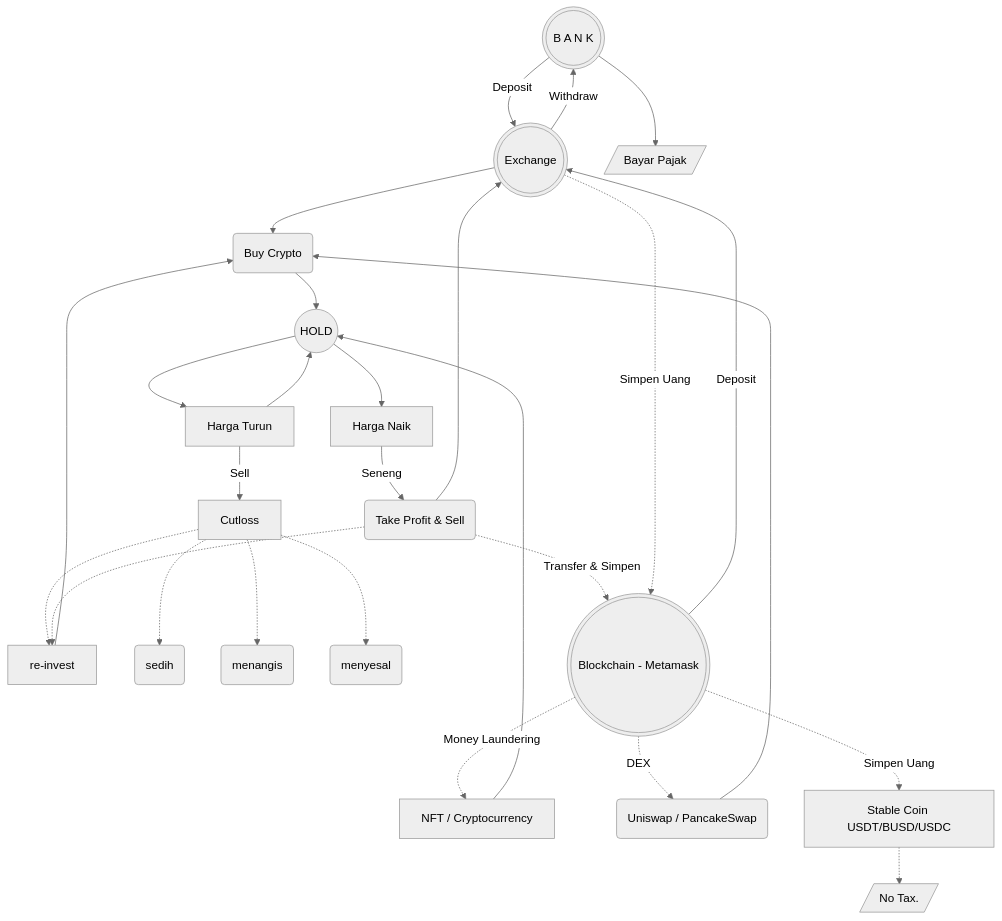
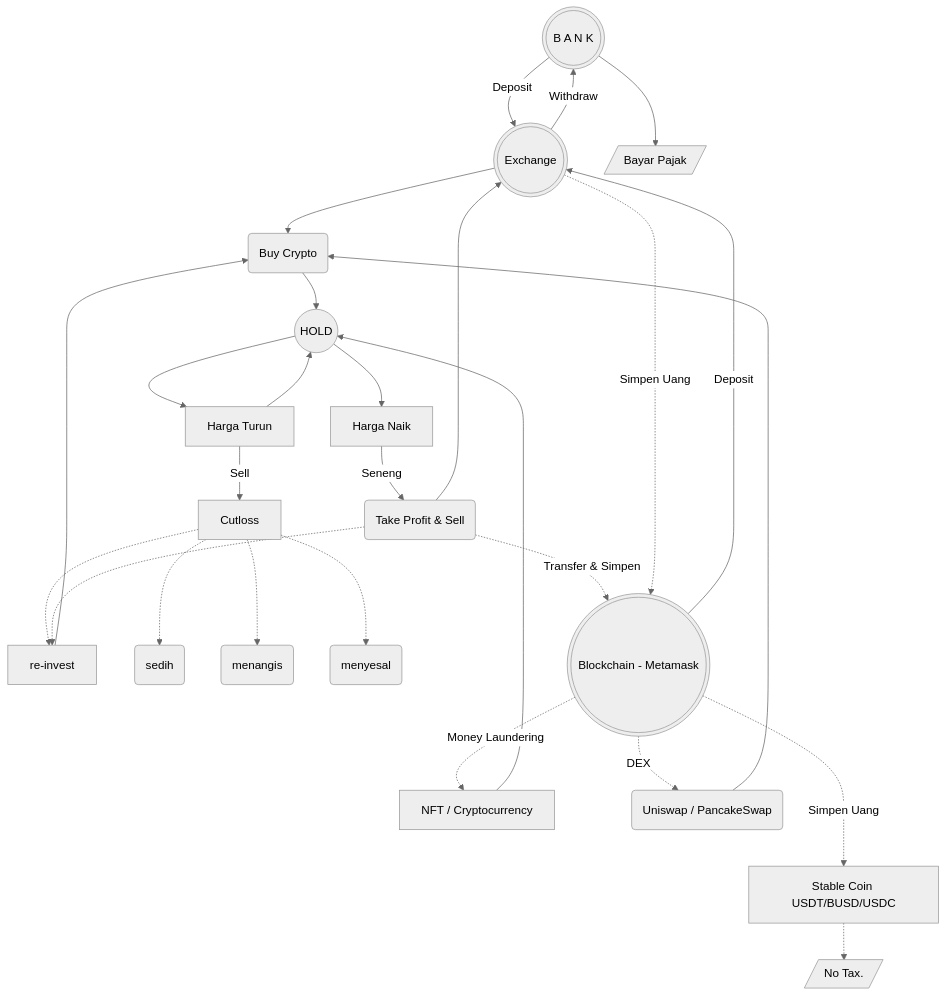
The diagram in content/posts/crypto-flowchart.md (nescatfe/tea), drawn with Mermaid (neutral theme) before and after one commit. The commit also changed other lines of this file and 239 other files, not shown here.

````diff
--- a/content/posts/crypto-flowchart.md
+++ b/content/posts/crypto-flowchart.md
@@ -19,28 +19,28 @@
 ```mermaid
 flowchart TB
 
 A(((B A N K))) -->|Deposit| B(((Exchange)))
 B --> BC(Buy Crypto)
 BC --> G(Hold)
 G --> D[Harga Naik] -->|Seneng| H(Take Profit & Sell)
 G --> E[Harga Turun]
 E -->|Sell| F[Cutloss]
 F -.-> RI[re-invest] --> BC
 H -.-> RI
 H --> B
 E --> G((HOLD))
 F -.-> I(sedih)
 F -.-> J(menangis)
 F -.-> K(menyesal)
 A --> PJ[/Bayar Pajak/]
 H -.->|Transfer & Simpen| block(((Blockchain - Metamask)))
 block -->|Deposit| B
 B -->|Withdraw| A
 B -.->|Simpen Uang| block
 block -.->|Money Laundering| NFT[NFT / Cryptocurrency]
 NFT --> G
 block -.->|DEX| UP(Uniswap / PancakeSwap)
 UP --> BC
-block -.->|Simpen Uang| SC[Stable Coin USDT/BUSD/USDC]
+block -..->|Simpen Uang| SC[Stable Coin USDT/BUSD/USDC]
 SC -.-> GP[/No Tax./]
 ```
````
